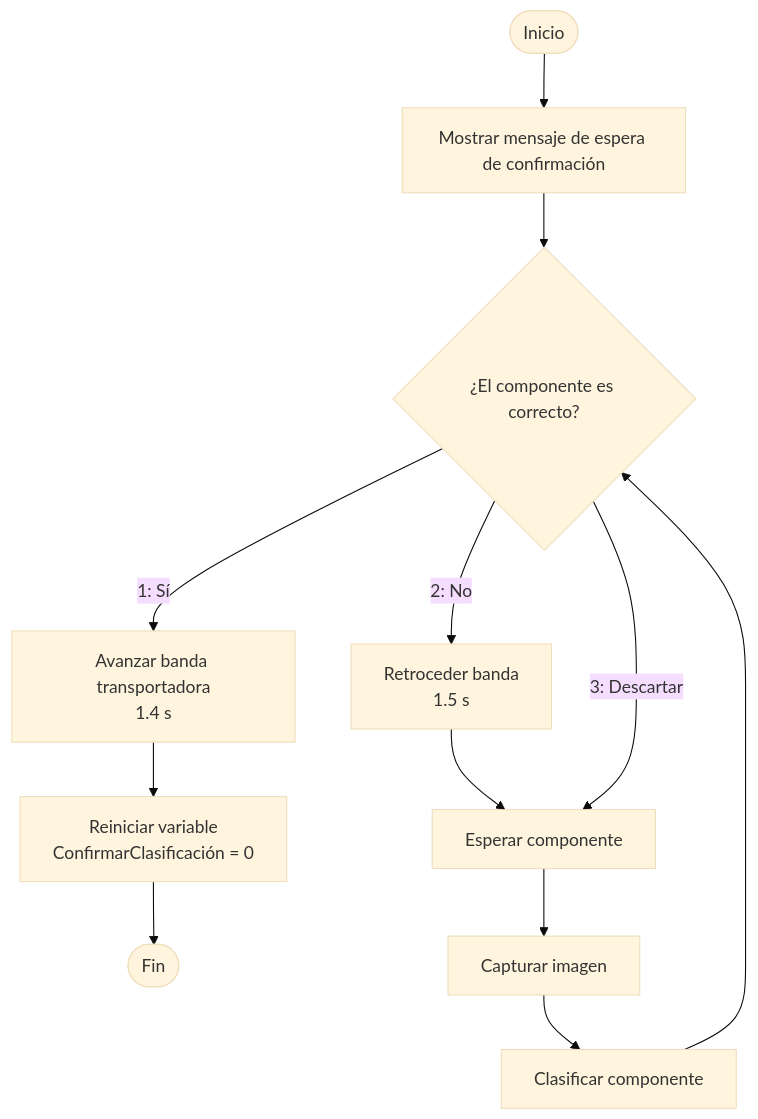
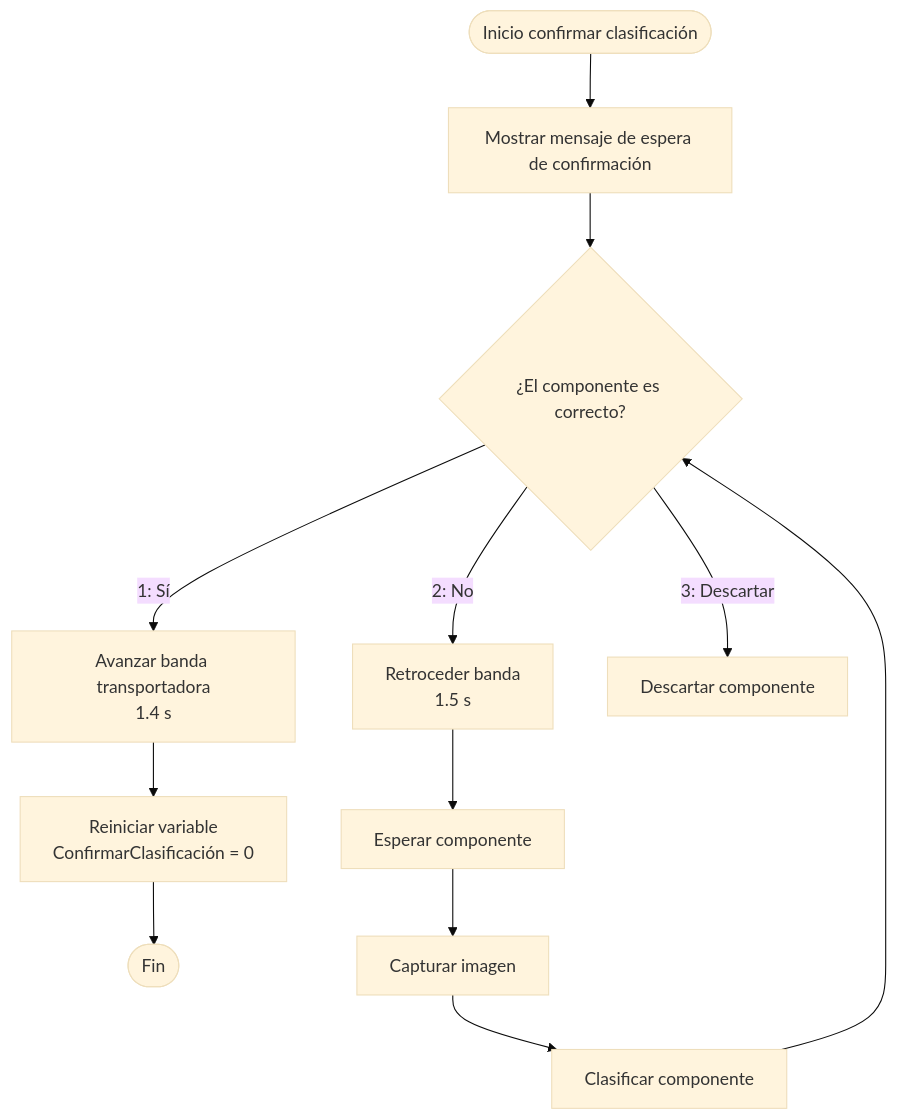
Before and after one commit to david-pi3141/Proyecto-Final-Robotica-Industrial-Automatizacion-del-Proceso-de-Ensamblaje: the second of 4 diagrams in README.md, drawn with Mermaid (base theme). The commit also changed other lines of this file, not shown here.

````diff
--- a/README.md
+++ b/README.md
@@ -200,46 +197,39 @@
 ```mermaid
-
 flowchart TD
 
-A([Inicio])
+A([Inicio confirmar clasificación])
 
 B[Mostrar mensaje de espera de confirmación]
 
 C{¿El componente es correcto?}
 
 C -->|1: Sí| D
 D --> N
 N --> O
 
 
 D[Avanzar banda transportadora<br/>1.4 s]
 
 E[Retroceder banda<br/>1.5 s]
 
 F[Esperar componente]
 
 G[Capturar imagen]
 
 H[Clasificar componente]
 
-
+I[Descartar componente]
 
 N[Reiniciar variable<br/>ConfirmarClasificación = 0]
 
 O([Fin])
 
 A --> B
 B --> C
-
-
 C -->|2: No| E
 E --> F
 F --> G
 G --> H
 H --> C
-
-C -->|3: Descartar| F
-
-
-
+C -->|3: Descartar| I
 ```
````
